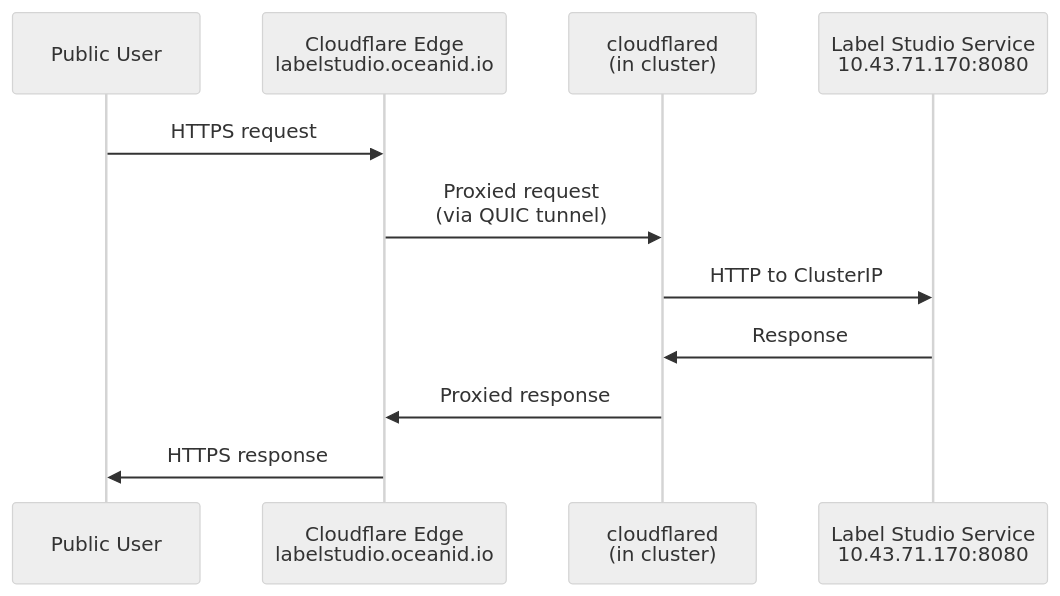
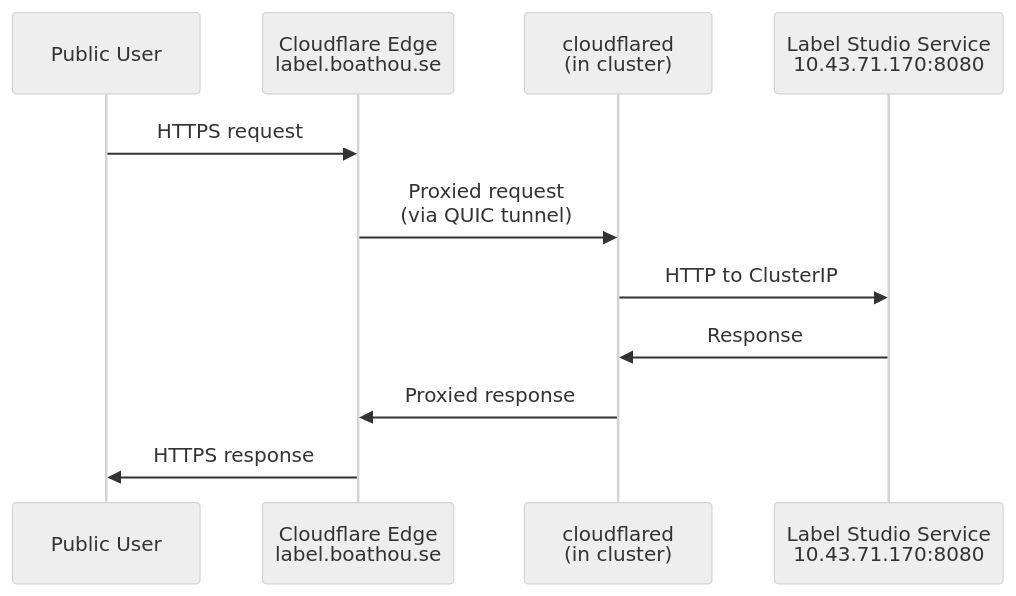
The eighth of 15 diagrams in docs/architecture/NETWORK_ARCHITECTURE.md (goldfish-inc/deepseek-ocr-vllm), drawn with Mermaid (neutral theme) before and after one commit. The commit also changed other lines of this file and 4 other files, not shown here.

````diff
--- a/docs/architecture/NETWORK_ARCHITECTURE.md
+++ b/docs/architecture/NETWORK_ARCHITECTURE.md
@@ -352,14 +353,14 @@
 ```mermaid
 sequenceDiagram
     participant User as Public User
-    participant CFEdge as Cloudflare Edge<br/>labelstudio.oceanid.io
+    participant CFEdge as Cloudflare Edge<br/>label.boathou.se
     participant CFDaemon as cloudflared<br/>(in cluster)
     participant LSSVC as Label Studio Service<br/>10.43.71.170:8080
 
     User->>CFEdge: HTTPS request
     CFEdge->>CFDaemon: Proxied request<br/>(via QUIC tunnel)
     CFDaemon->>LSSVC: HTTP to ClusterIP
     LSSVC->>CFDaemon: Response
     CFDaemon->>CFEdge: Proxied response
     CFEdge->>User: HTTPS response
 ```
````
